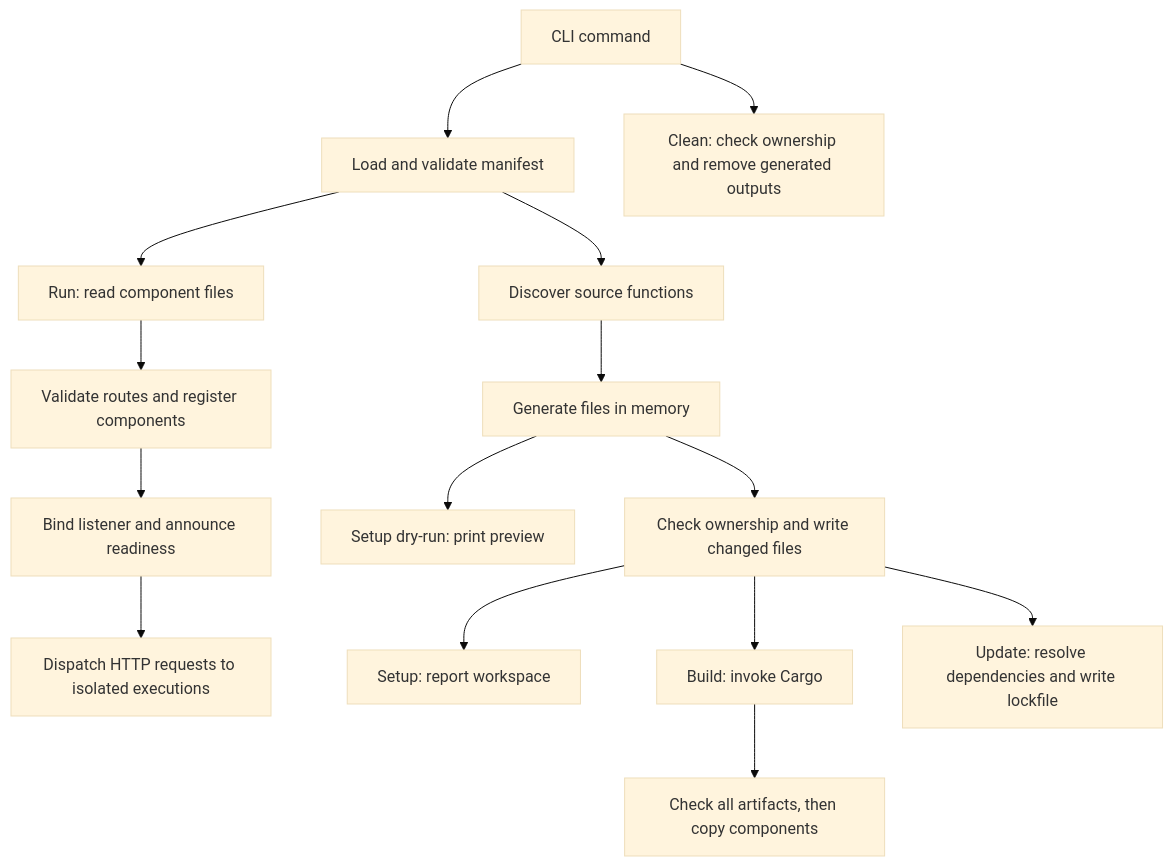
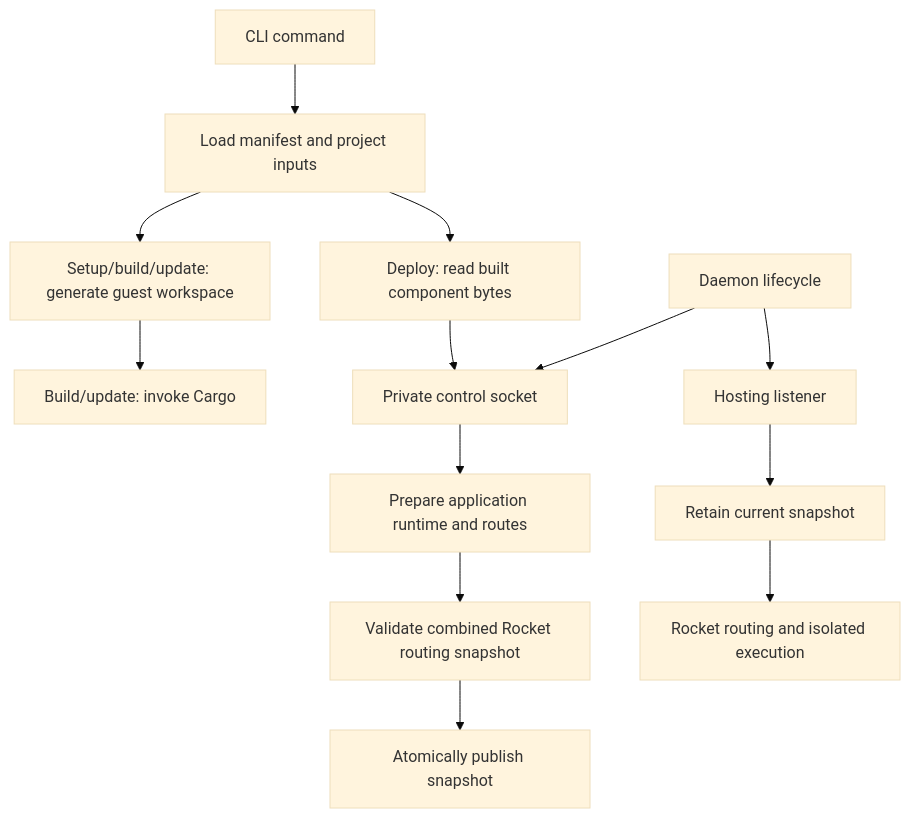
Before and after one commit to benjamin-wright/wasm-runner: the diagram in ARCHITECTURE.md, drawn with Mermaid (base theme). The commit also changed other lines of this file and 37 other files, not shown here.

````diff
--- a/ARCHITECTURE.md
+++ b/ARCHITECTURE.md
@@ -35,17 +37,15 @@
 ```mermaid
 flowchart TD
-    CLI[CLI command] --> Load[Load and validate manifest]
-    Load --> Read[Run: read component files]
-    Read --> Prepare[Validate routes and register components]
-    Prepare --> Bind[Bind listener and announce readiness]
-    Bind --> Serve[Dispatch HTTP requests to isolated executions]
-    Load --> Discover[Discover source functions]
-    Discover --> Generate[Generate files in memory]
-    Generate --> Preview[Setup dry-run: print preview]
-    Generate --> Write[Check ownership and write changed files]
-    Write --> Setup[Setup: report workspace]
-    Write --> Cargo[Build: invoke Cargo]
-    Write --> Update[Update: resolve dependencies and write lockfile]
-    Cargo --> Publish[Check all artifacts, then copy components]
-    CLI --> Clean[Clean: check ownership and remove generated outputs]
+    CLI[CLI command] --> Project[Load manifest and project inputs]
+    Project --> Generate[Setup/build/update: generate guest workspace]
+    Generate --> Cargo[Build/update: invoke Cargo]
+    Project --> Package[Deploy: read built component bytes]
+    Package --> Control[Private control socket]
+    Control --> Prepare[Prepare application runtime and routes]
+    Prepare --> Validate[Validate combined Rocket routing snapshot]
+    Validate --> Publish[Atomically publish snapshot]
+    HTTP[Hosting listener] --> Snapshot[Retain current snapshot]
+    Snapshot --> Dispatch[Rocket routing and isolated execution]
+    Daemon[Daemon lifecycle] --> HTTP
+    Daemon --> Control
 ```
````
